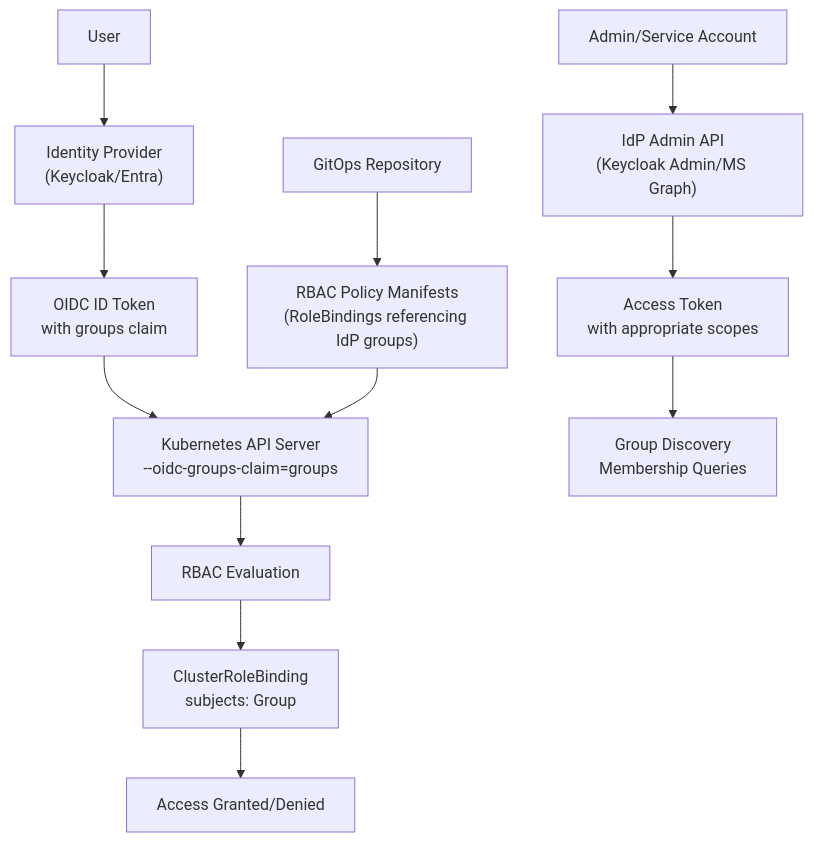
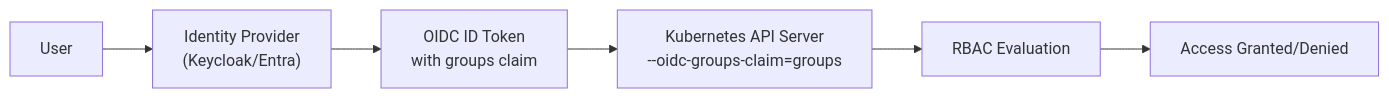
One commit to jctanner/rhoai-hacking changed the first of 5 diagrams in docs/K8S-OPENSHIFT-DIRECT-OIDC-GROUPS.md. Above: the diagram before and after it, drawn with Mermaid. The commit also changed other lines of this file, not shown here.

````diff
--- a/docs/K8S-OPENSHIFT-DIRECT-OIDC-GROUPS.md
+++ b/docs/K8S-OPENSHIFT-DIRECT-OIDC-GROUPS.md
@@ -17,16 +17,8 @@
 ```mermaid
-graph TD
+graph LR
     A["User"] --> B["Identity Provider<br/>(Keycloak/Entra)"]
     B --> C["OIDC ID Token<br/>with groups claim"]
     C --> D["Kubernetes API Server<br/>--oidc-groups-claim=groups"]
     D --> E["RBAC Evaluation"]
-    E --> F["ClusterRoleBinding<br/>subjects: Group"]
-    F --> G["Access Granted/Denied"]
-    
-    H["Admin/Service Account"] --> I["IdP Admin API<br/>(Keycloak Admin/MS Graph)"]
-    I --> J["Access Token<br/>with appropriate scopes"]
-    J --> K["Group Discovery<br/>Membership Queries"]
-    
-    L["GitOps Repository"] --> M["RBAC Policy Manifests<br/>(RoleBindings referencing IdP groups)"]
-    M --> D
+    E --> F["Access Granted/Denied"]
 ```
````
